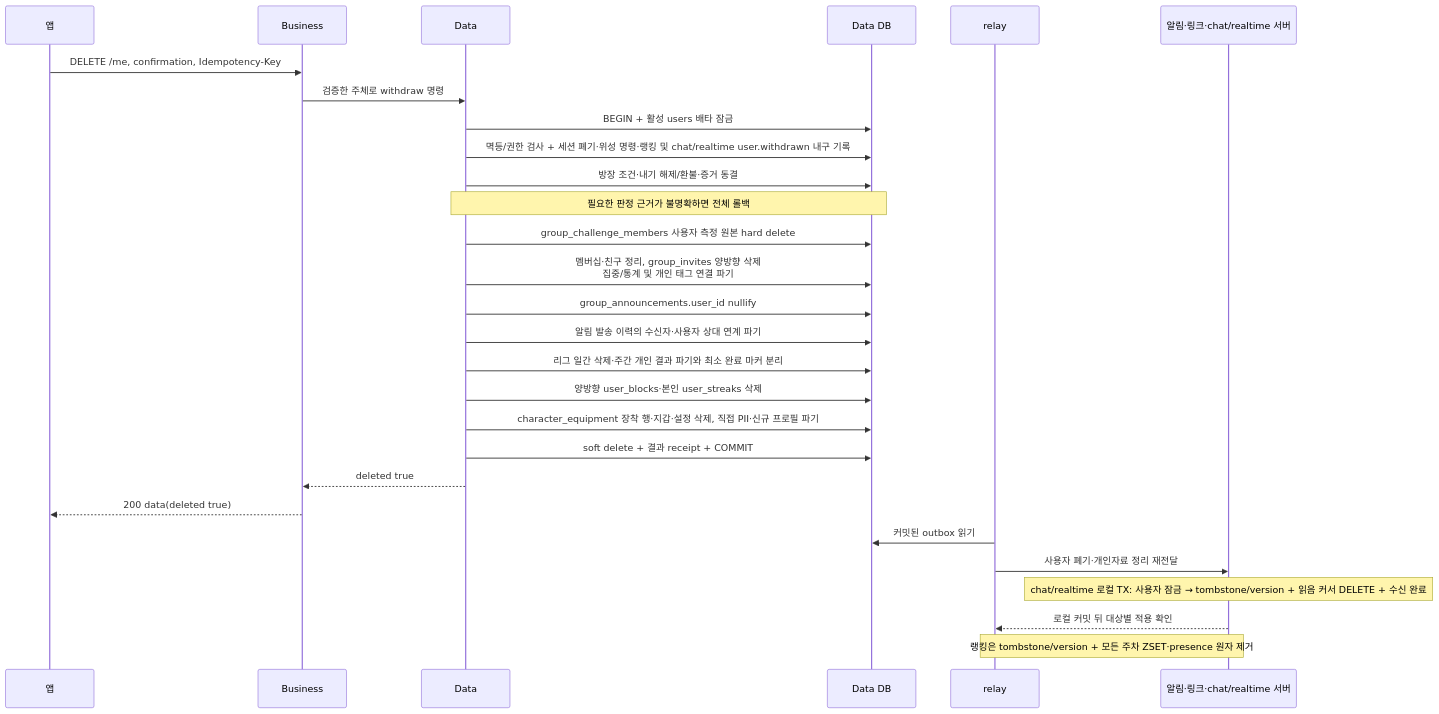
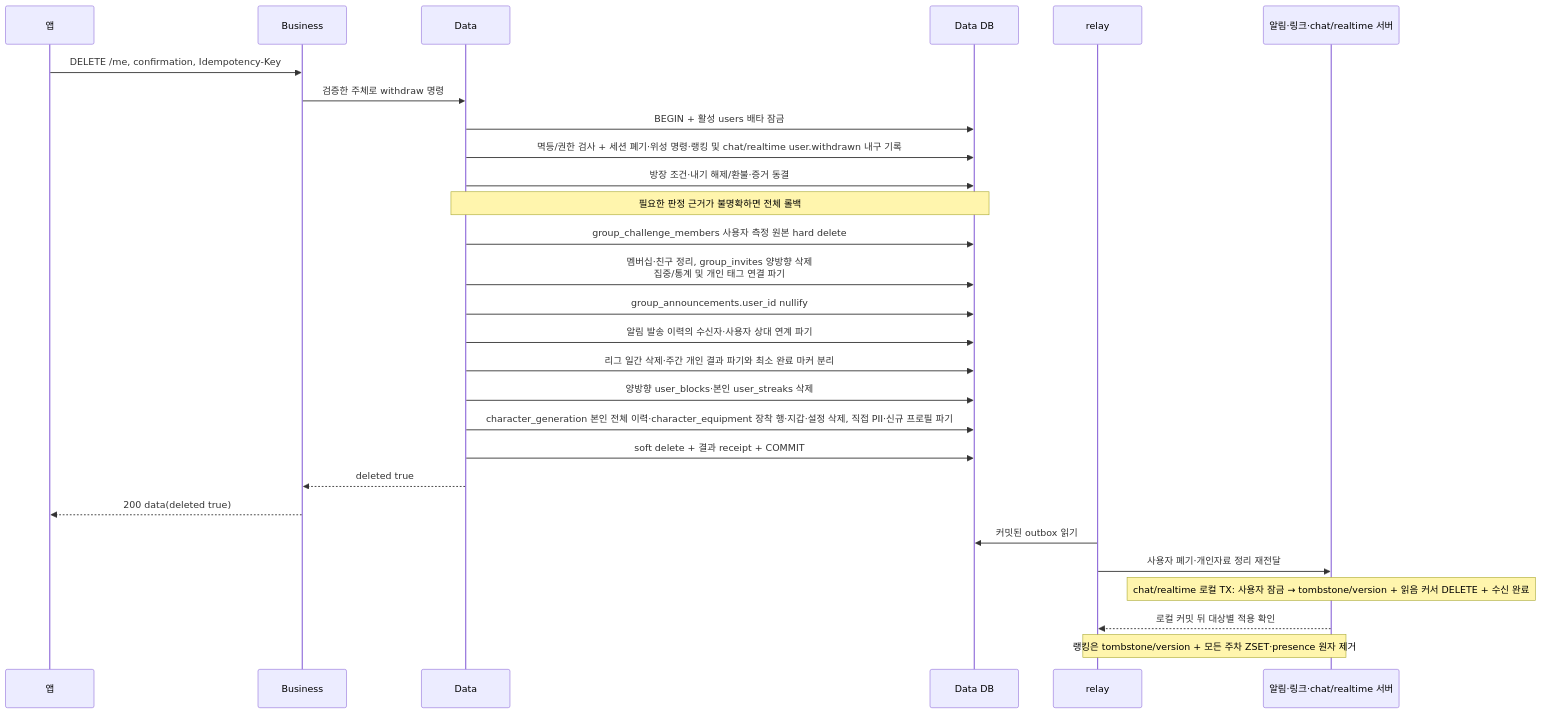
Before and after one commit to OneOrThree/phone: the fifth of 6 diagrams in docs/prd/account/high-level-design.md, drawn with Mermaid. The commit also changed other lines of this file and 4 other files, not shown here.

````diff
--- a/docs/prd/account/high-level-design.md
+++ b/docs/prd/account/high-level-design.md
@@ -146,30 +147,30 @@
 ```mermaid
 sequenceDiagram
     participant A as 앱
     participant B as Business
     participant D as Data
     participant DB as Data DB
     participant R as relay
     participant S as 알림·링크·chat/realtime 서버
     A->>B: DELETE /me, confirmation, Idempotency-Key
     B->>D: 검증한 주체로 withdraw 명령
     D->>DB: BEGIN + 활성 users 배타 잠금
     D->>DB: 멱등/권한 검사 + 세션 폐기·위성 명령·랭킹 및 chat/realtime user.withdrawn 내구 기록
     D->>DB: 방장 조건·내기 해제/환불·증거 동결
     Note over D,DB: 필요한 판정 근거가 불명확하면 전체 롤백
     D->>DB: group_challenge_members 사용자 측정 원본 hard delete
     D->>DB: 멤버십·친구 정리, group_invites 양방향 삭제<br/>집중/통계 및 개인 태그 연결 파기
     D->>DB: group_announcements.user_id nullify
     D->>DB: 알림 발송 이력의 수신자·사용자 상대 연계 파기
     D->>DB: 리그 일간 삭제·주간 개인 결과 파기와 최소 완료 마커 분리
     D->>DB: 양방향 user_blocks·본인 user_streaks 삭제
-    D->>DB: character_equipment 장착 행·지갑·설정 삭제, 직접 PII·신규 프로필 파기
+    D->>DB: character_generation 본인 전체 이력·character_equipment 장착 행·지갑·설정 삭제, 직접 PII·신규 프로필 파기
     D->>DB: soft delete + 결과 receipt + COMMIT
     D-->>B: deleted true
     B-->>A: 200 data(deleted true)
     R->>DB: 커밋된 outbox 읽기
     R->>S: 사용자 폐기·개인자료 정리 재전달
     Note over S: chat/realtime 로컬 TX: 사용자 잠금 → tombstone/version + 읽음 커서 DELETE + 수신 완료
     S-->>R: 로컬 커밋 뒤 대상별 적용 확인
     Note over R,S: 랭킹은 tombstone/version + 모든 주차 ZSET·presence 원자 제거
 ```
````
